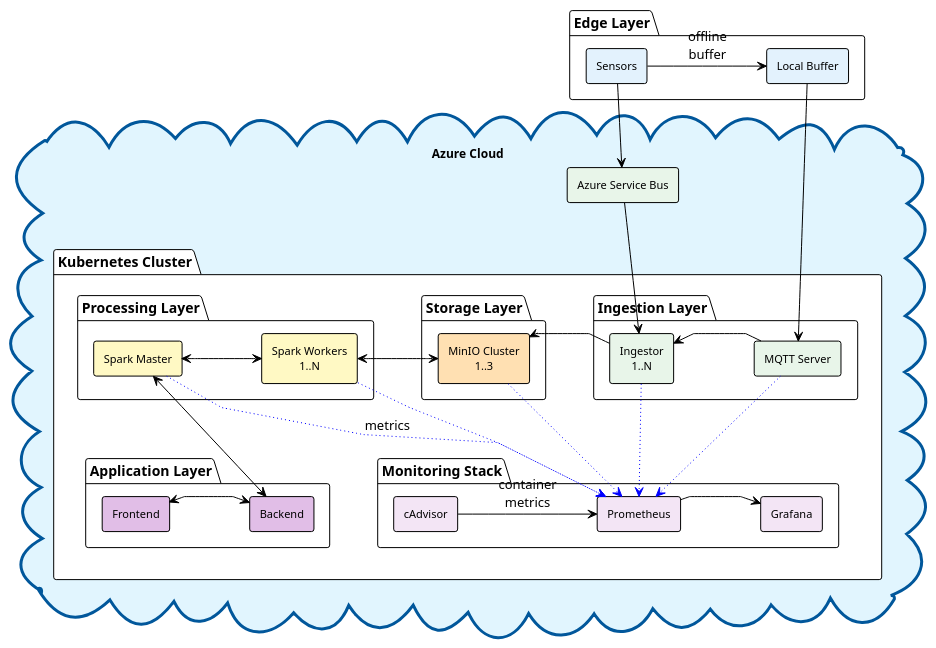
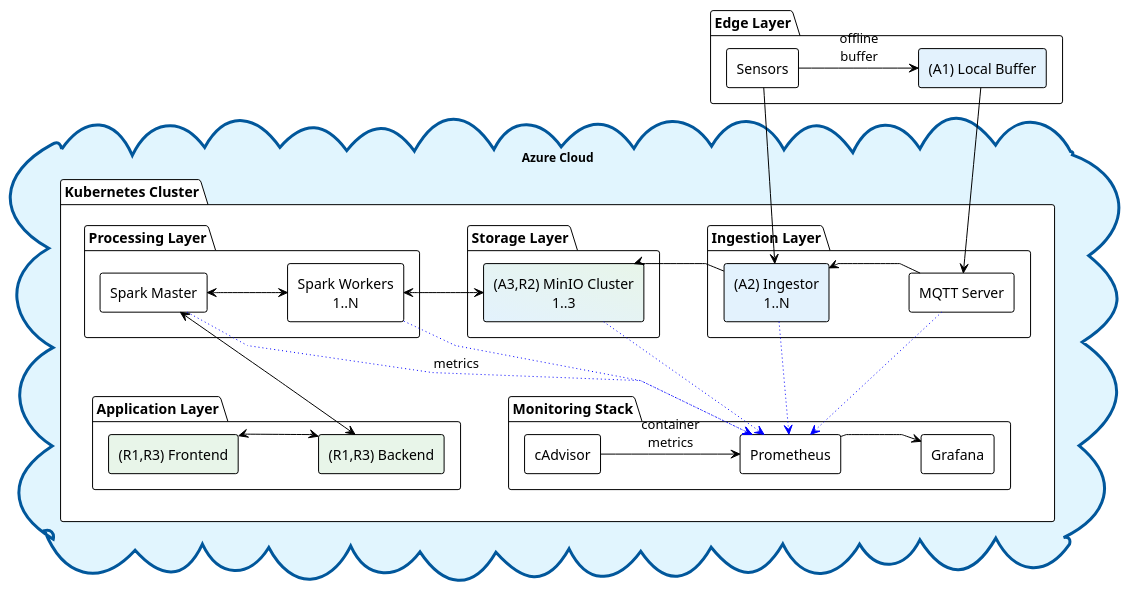
Before and after one commit to vladtf/soam: the diagram in docs/dependability-criteria.md, drawn with PlantUML. The commit also changed 6 other files, not shown here.

````diff
--- a/docs/dependability-criteria.md
+++ b/docs/dependability-criteria.md
@@ -3,15 +3,11 @@
 ```plantuml
+
 @startuml
 !theme plain
 skinparam defaultTextAlignment center
 skinparam linetype polyline
 skinparam nodesep 80
 skinparam ranksep 60
-skinparam rectangle {
-    BackgroundColor #E3F2FD
-    BorderColor Black
-    FontSize 11
-}
 skinparam package {
     BackgroundColor White
     BorderColor Black
@@ -27,30 +23,29 @@
 ' First Row - Application Layers
 together {
     package "Edge Layer" {
-        rectangle "Sensors" as S #E3F2FD
-        rectangle "Local Buffer" as LB #E3F2FD
+        rectangle "Sensors" as S
+        rectangle "(A1) Local Buffer" as LB #E3F2FD
         S -[hidden]right-> LB
     }
 
     cloud "Azure Cloud" {
      
-        rectangle "Azure Service Bus" as ASB #E8F5E9
    
         package "Kubernetes Cluster" {
             package "Ingestion Layer" {
-                rectangle "MQTT Server" as MQTT #E8F5E9
-                rectangle "Ingestor\n1..N" as ING #E8F5E9
+                rectangle "MQTT Server" as MQTT
+                rectangle "(A2) Ingestor\n1..N" as ING #E3F2FD
                 MQTT -[hidden]right-> ING
 
             }
 
             package "Storage Layer" {
-                rectangle "MinIO Cluster\n1..3" as MINIO #FFE0B2
+                rectangle "(A3,R2) MinIO Cluster\n1..3" as MINIO #E3F2FD\E8F5E9
             }
 
             package "Processing Layer" {
-                rectangle "Spark Master" as SM #FFF9C4
-                rectangle "Spark Workers\n1..N" as SW #FFF9C4
+                rectangle "Spark Master" as SM
+                rectangle "Spark Workers\n1..N" as SW
             }
 
 
@@ -58,15 +53,15 @@
             ' Second Row - Application and Monitoring
             together {
                 package "Application Layer" {
-                    rectangle "Frontend" as FE #E1BEE7
-                    rectangle "Backend" as BE #E1BEE7
+                    rectangle "(R1,R3) Frontend" as FE #E8F5E9
+                    rectangle "(R1,R3) Backend" as BE #E8F5E9
                     BE -[hidden]right-> FE
                 }
                 
                 package "Monitoring Stack" {
-                    rectangle "Prometheus" as PROM #F3E5F5
-                    rectangle "Grafana" as GRAF #F3E5F5
-                    rectangle "cAdvisor" as CADV #F3E5F5
+                    rectangle "Prometheus" as PROM
+                    rectangle "Grafana" as GRAF
+                    rectangle "cAdvisor" as CADV
                     PROM -[hidden]right-> GRAF
                 }
             }
@@ -76,10 +71,9 @@
 
 ' Data Flow
 S -right-> LB : offline\nbuffer
-S -down-> ASB
+S -down-> ING
 LB --> MQTT
 MQTT -right-> ING
-ASB --> ING
 ING -right-> MINIO
 SM <-> SW
 SW <-> MINIO
````
